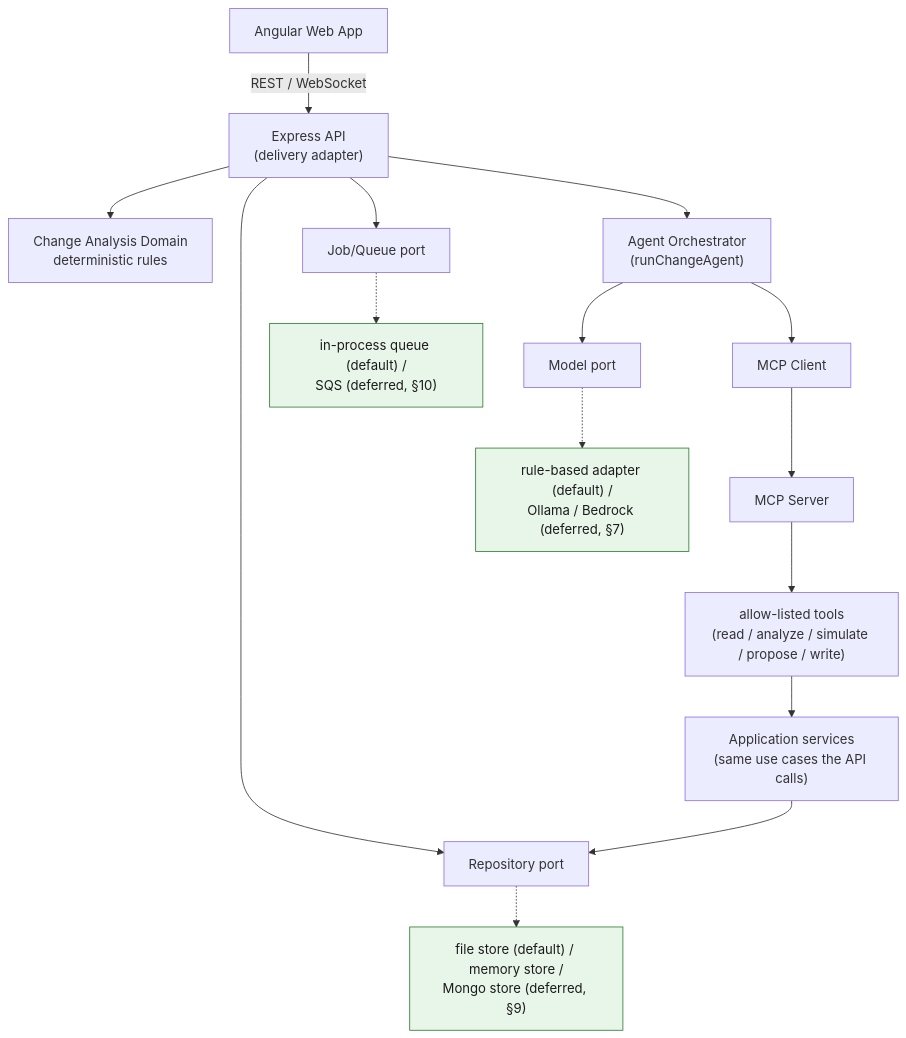
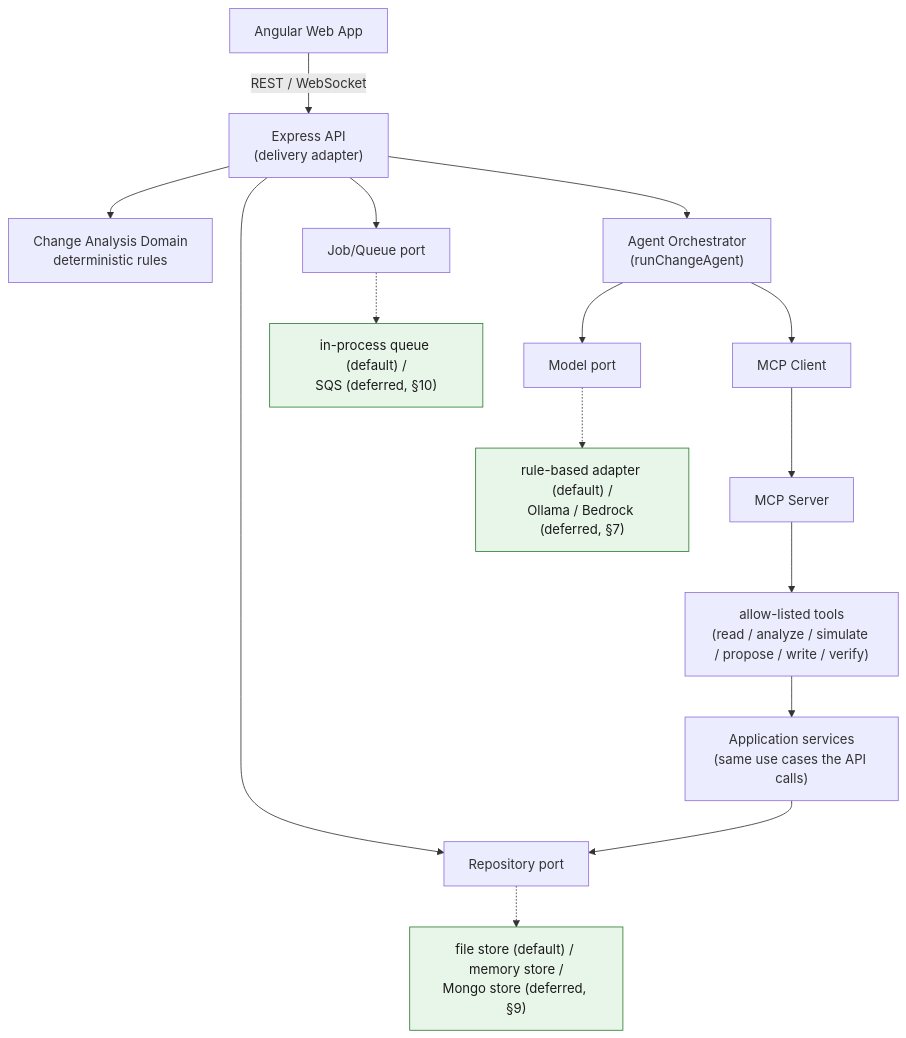
The first of 2 diagrams in ARCHITECTURE.md (Trapa-Eureka/product_agent), drawn with Mermaid before and after one commit.

Commit message:
ARCHITECTURE.md §4: name the verify tool in the allow-listed tools label
Code review of TASK-802/803/805 (PR #44) found the §4 component diagram's
tool-category label listed read/analyze/simulate/propose/write but omitted
verify, even though MCP.md §8 defines a distinct verify_applied_proposal
tool that CLAUDE.md rule 8 and this same PR's §8 pipeline diagram both call
out as mandatory. A reader skimming only §4 could conclude there is no
allow-listed verification capability.

Claude-Session: https://claude.ai/code/session_01M6mrqi7CoXvPQnYuE2CE46

````diff
--- a/ARCHITECTURE.md
+++ b/ARCHITECTURE.md
@@ -155,24 +155,24 @@
 ```mermaid
 flowchart TB
     UI["Angular Web App"] -- "REST / WebSocket" --> API["Express API<br/>(delivery adapter)"]
 
     API --> DOMAIN["Change Analysis Domain<br/>deterministic rules"]
     API --> REPO["Repository port"]
     API --> QUEUE["Job/Queue port"]
     API --> AGENT["Agent Orchestrator<br/>(runChangeAgent)"]
 
     REPO -.-> REPOIMPL["file store (default) / memory store /<br/>Mongo store (deferred, §9)"]
     QUEUE -.-> QUEUEIMPL["in-process queue (default) /<br/>SQS (deferred, §10)"]
 
     AGENT --> MODEL["Model port"]
     MODEL -.-> MODELIMPL["rule-based adapter (default) /<br/>Ollama / Bedrock (deferred, §7)"]
     AGENT --> MCPCLIENT["MCP Client"]
 
     MCPCLIENT --> MCPSERVER["MCP Server"]
-    MCPSERVER --> TOOLS["allow-listed tools<br/>(read / analyze / simulate / propose / write)"]
+    MCPSERVER --> TOOLS["allow-listed tools<br/>(read / analyze / simulate / propose / write / verify)"]
     TOOLS --> APPSVC["Application services<br/>(same use cases the API calls)"]
     APPSVC --> REPO
 
     classDef free fill:#e8f5e9,stroke:#2e7d32,color:#1b1b1b;
     class REPOIMPL,QUEUEIMPL,MODELIMPL free;
 ```
````
